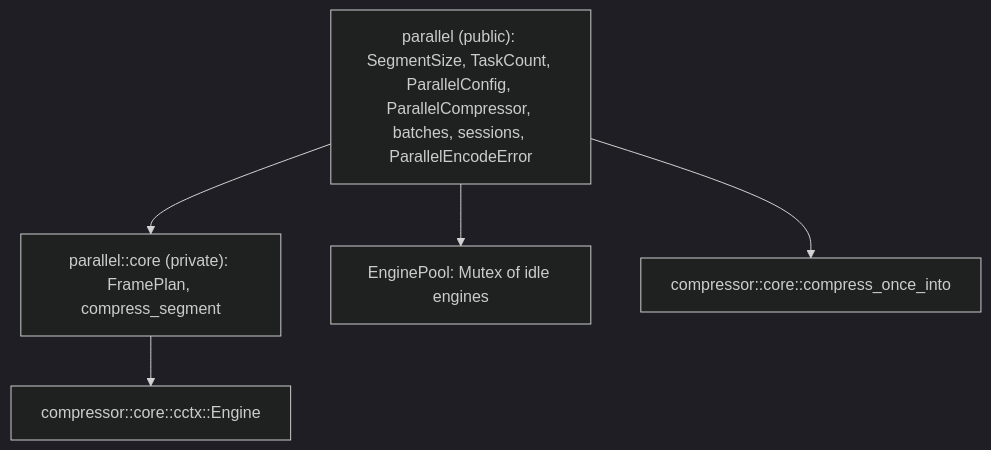
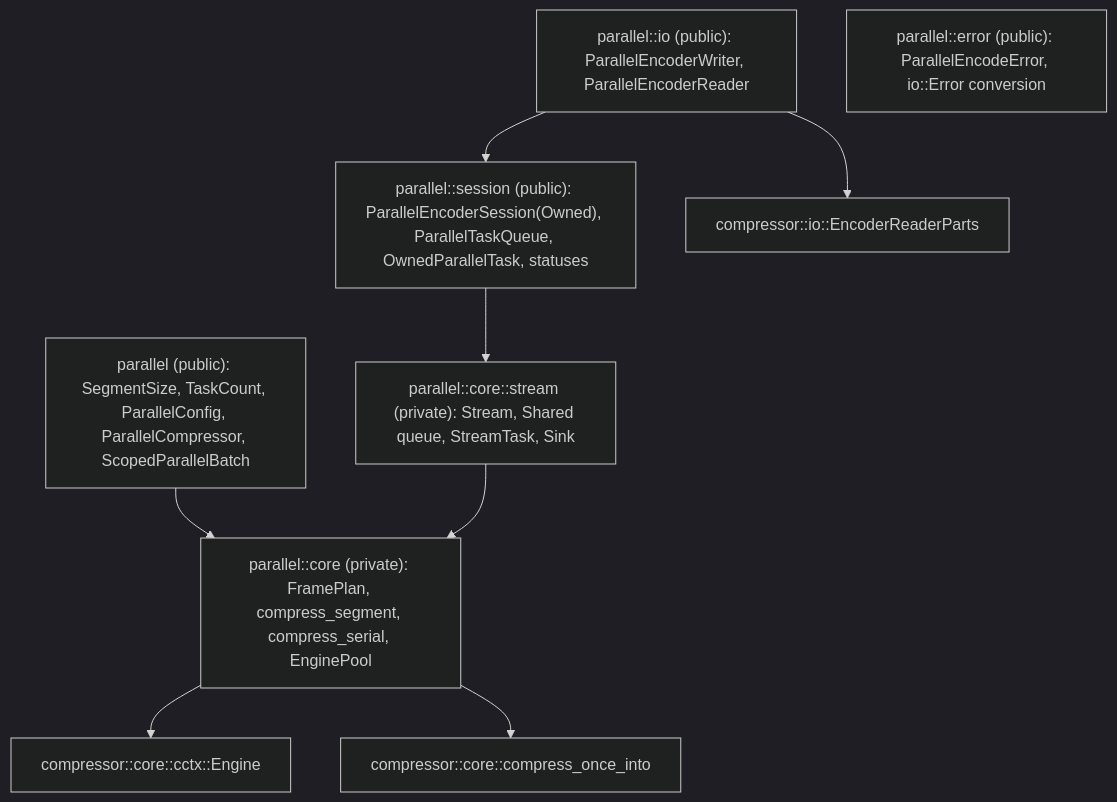
Before and after one commit to M-Compressors/mzstd: the first of 8 diagrams in architecture/parallel-compression.md, drawn with Mermaid (dark theme). The commit also changed other lines of this file and 29 other files, not shown here.

Commit message:
Impl parallel sessions and with process uninit

````diff
--- a/architecture/parallel-compression.md
+++ b/architecture/parallel-compression.md
@@ -12,7 +13,11 @@
 ```mermaid
 graph TD
-    Public["parallel (public): SegmentSize, TaskCount, ParallelConfig, ParallelCompressor, batches, sessions, ParallelEncodeError"] --> PCore["parallel::core (private): FramePlan, compress_segment"]
+    Public["parallel (public): SegmentSize, TaskCount, ParallelConfig, ParallelCompressor, ScopedParallelBatch"] --> PCore["parallel::core (private): FramePlan, compress_segment, compress_serial, EnginePool"]
+    Session["parallel::session (public): ParallelEncoderSession(Owned), ParallelTaskQueue, OwnedParallelTask, statuses"] --> Stream["parallel::core::stream (private): Stream, Shared queue, StreamTask, Sink"]
+    IO["parallel::io (public): ParallelEncoderWriter, ParallelEncoderReader"] --> Session
+    Error["parallel::error (public): ParallelEncodeError, io::Error conversion"]
+    Stream --> PCore
     PCore --> Engine[compressor::core::cctx::Engine]
-    Public --> Pool[EnginePool: Mutex of idle engines]
-    Public --> Serial[compressor::core::compress_once_into]
+    PCore --> Serial[compressor::core::compress_once_into]
+    IO --> Parts["compressor::io::EncoderReaderParts"]
 ```
````
